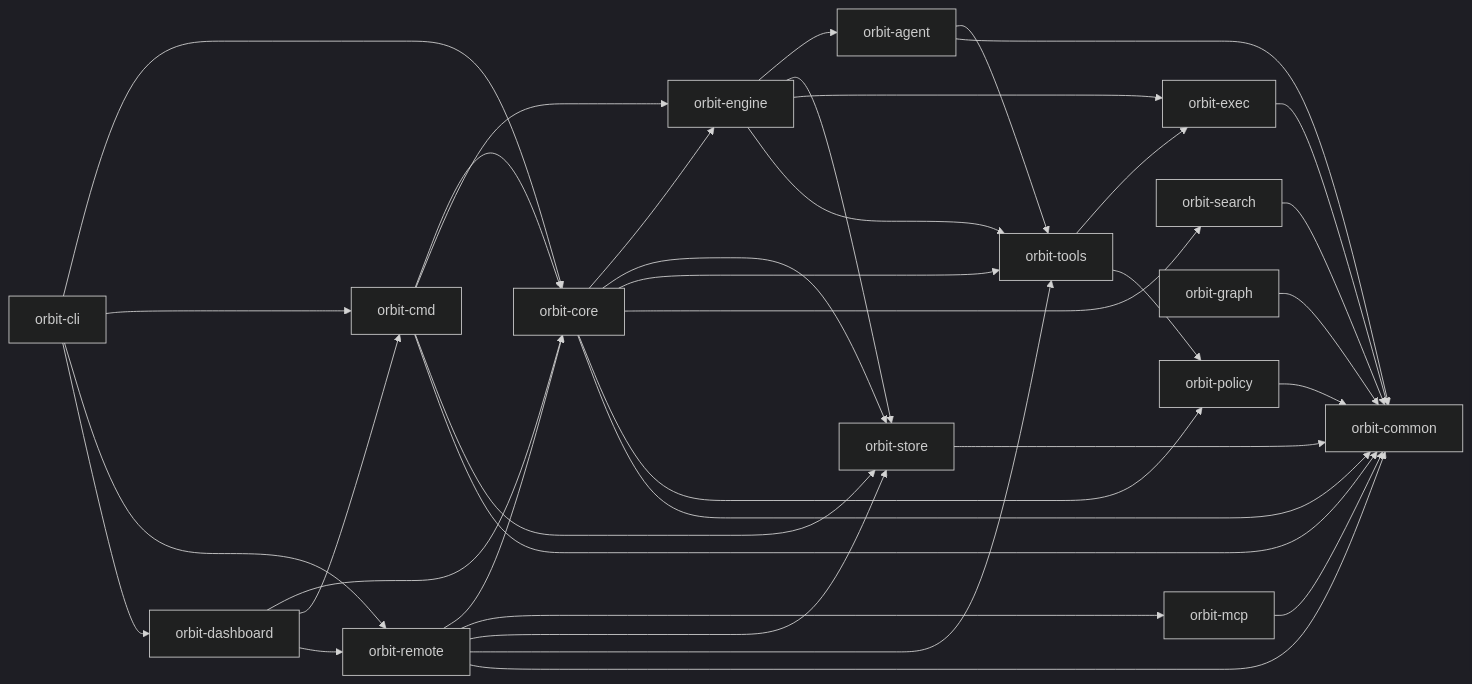
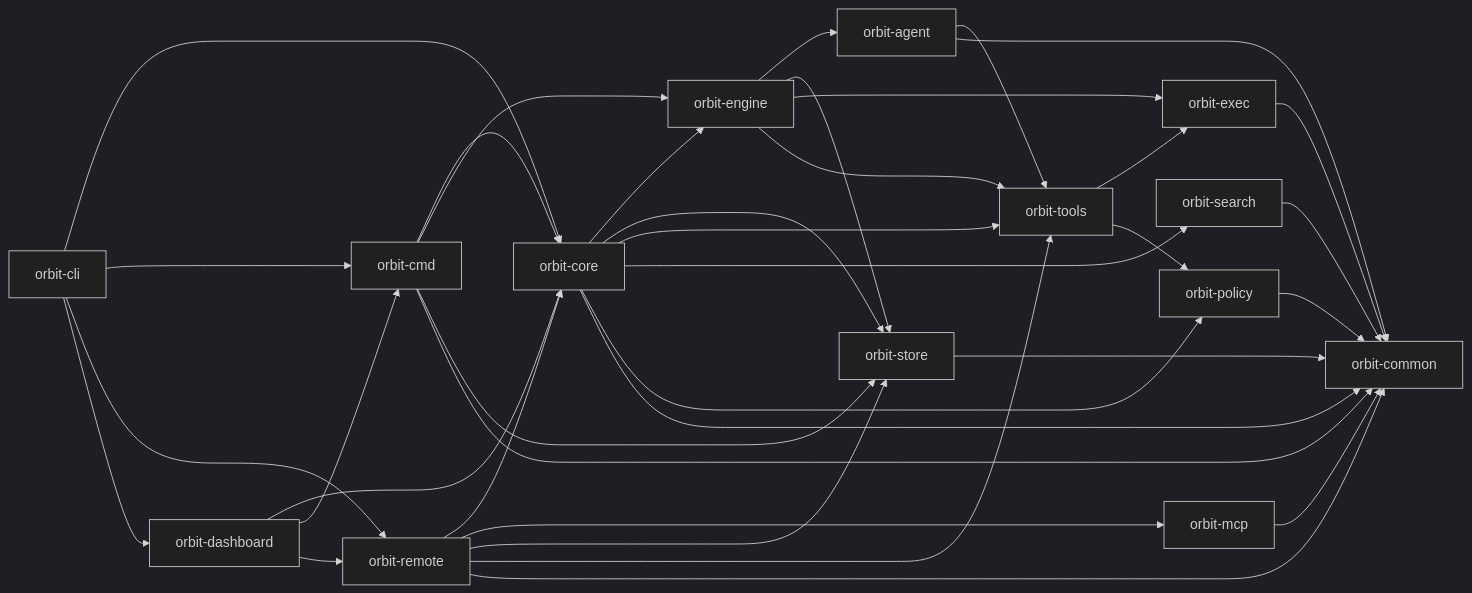
The diagram in ARCHITECTURE.md (danieljhkim/orbit), drawn with Mermaid (dark theme) before and after one commit. The commit also changed other lines of this file and 258 other files, not shown here.

First line of the commit message:
refactor: Delete orbit-graph and its remaining live surface [ORB-10491]

````diff
--- a/ARCHITECTURE.md
+++ b/ARCHITECTURE.md
@@ -5,39 +5,38 @@
 ```mermaid
 flowchart LR
   CLI["orbit-cli"] --> Core["orbit-core"]
   CLI --> Cmd["orbit-cmd"]
   CLI --> Remote["orbit-remote"]
   CLI --> Dashboard["orbit-dashboard"]
   Cmd --> Core
   Cmd --> Engine
   Cmd --> Store
   Core --> Engine["orbit-engine"]
   Core --> Store["orbit-store"]
   Core --> Tools["orbit-tools"]
   Core --> Search["orbit-search"]
   Core --> Policy["orbit-policy"]
   Engine --> Agent["orbit-agent"]
   Engine --> Store
   Engine --> Exec["orbit-exec"]
   Engine --> Tools
   Agent --> Tools
-  Graph["orbit-graph"] --> Common
   Tools --> Exec["orbit-exec"]
   Tools --> Policy
   Exec --> Common["orbit-common"]
   Policy --> Common
   Store --> Common
   Agent --> Common
   Search --> Common
   MCP --> Common
   Dashboard["orbit-dashboard"] --> Core
   Dashboard --> Cmd
   Cmd --> Common
   Core --> Common
   Remote --> Core
   Remote --> MCP["orbit-mcp"]
   Remote --> Store
   Remote --> Tools
   Remote --> Common
   Dashboard --> Remote
 ```
````
